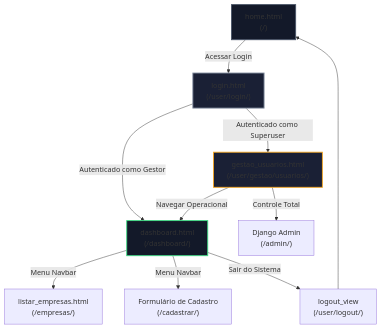
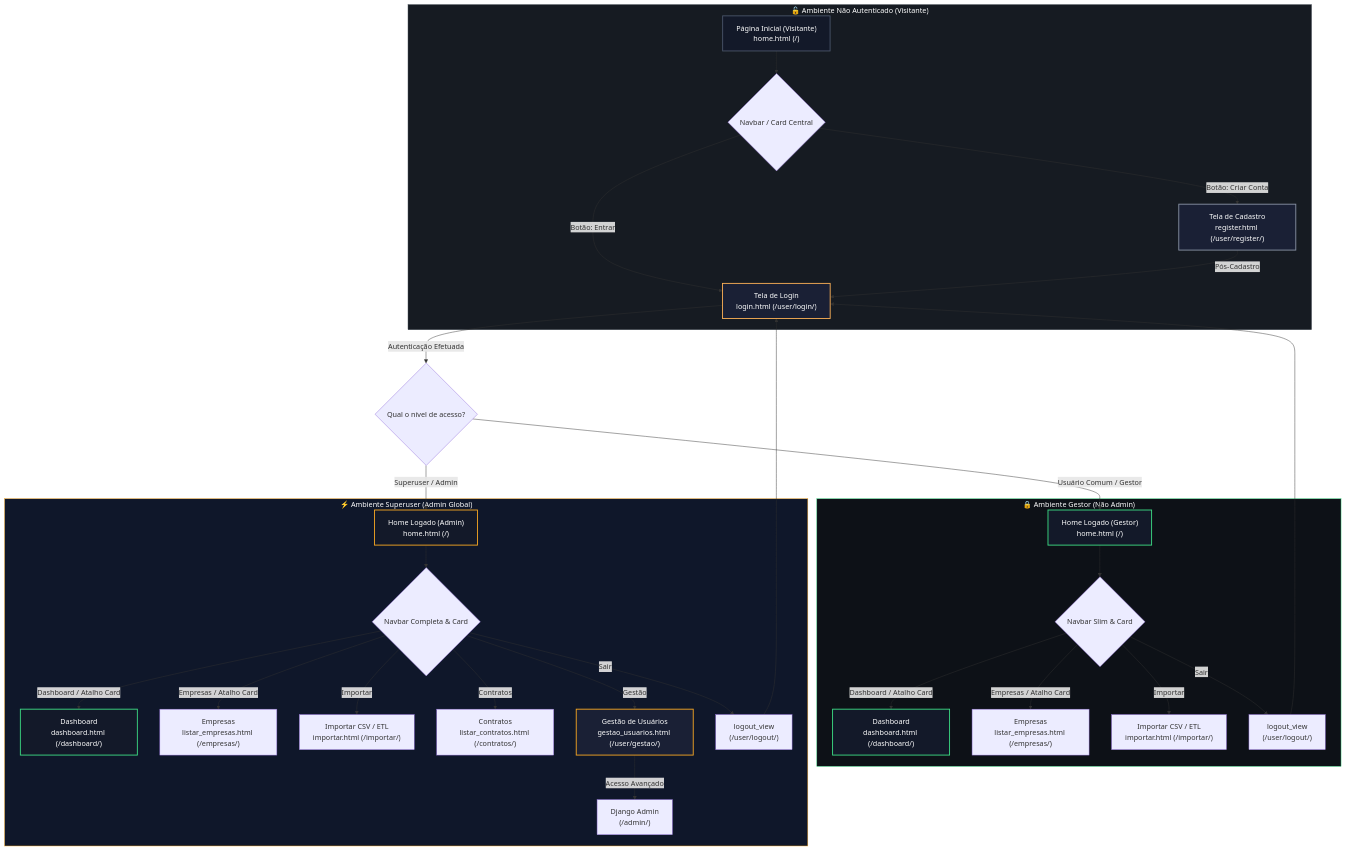
One commit to IsaacRaffs/CONVERGI changed the diagram in README.md. Above: the diagram before and after it, drawn with Mermaid. The commit also changed other lines of this file, not shown here.

First line of the commit message:
Enhance README with visitor navbar and project structure

````diff
--- a/README.md
+++ b/README.md
@@ -144,23 +144,59 @@
 ```mermaid
 graph TD
-    %% Nós do Fluxo Geral
-    Home["home.html<br>(/)"] -->|Acessar Login| Login["login.html<br>(/user/login/)"]
-    
-    %% Ramificação pós-login
-    Login -->|Autenticado como Gestor| Dash["dashboard.html<br>(/dashboard/)"]
-    Login -->|Autenticado como Superuser| Super["gestao_usuarios.html<br>(/user/gestao/usuarios/)"]
-    
-    %% Fluxo do Gestor / Servidor
-    Dash -->|Menu Navbar| List["listar_empresas.html<br>(/empresas/)"]
-    Dash -->|Menu Navbar| Cad["Formulário de Cadastro<br>(/cadastrar/)"]
-    Dash -->|Sair do Sistema| Logout["logout_view<br>(/user/logout/)"] --> Home
-    
-    %% Fluxo do Superuser
-    Super -->|Controle Total| Admin["Django Admin<br>(/admin/)"]
-    Super -->|Navegar Operacional| Dash
-    
-    style Home fill:#131929,stroke:#4a5568,stroke-width:2px;
-    style Login fill:#1a2035,stroke:#8892a4,stroke-width:2px;
-    style Dash fill:#131929,stroke:#3ddc84,stroke-width:2px;
-    style Super fill:#1a2035,stroke:#f5a623,stroke-width:2px;
+    %% Ambiente do Visitante (Não Autenticado)
+    subgraph S1 ["🔓 Ambiente Não Autenticado (Visitante)"]
+        HomeNoAuth["Página Inicial (Visitante)<br>home.html (/)"]
+        NavNoAuth{"Navbar / Card Central"}
+        RegPage["Tela de Cadastro<br>register.html (/user/register/)"]
+        LogPage["Tela de Login<br>login.html (/user/login/)"]
+
+        HomeNoAuth --> NavNoAuth
+        NavNoAuth -->|Botão: Criar Conta| RegPage
+        NavNoAuth -->|Botão: Entrar| LogPage
+    end
+
+    %% Fluxo de Autenticação
+    RegPage -->|Pós-Cadastro| LogPage
+    LogPage -->|Autenticação Efetuada| CheckAuth{"Qual o nível de acesso?"}
+
+    %% Ramificações Pós-Login
+    CheckAuth -->|Usuário Comum / Gestor| HomeGestor["Home Logado (Gestor)<br>home.html (/)"]
+    CheckAuth -->|Superuser / Admin| HomeAdmin["Home Logado (Admin)<br>home.html (/)"]
+
+    %% Fluxo de Navegação do Gestor (Não Admin)
+    subgraph S2 ["🔒 Ambiente Gestor (Não Admin)"]
+        HomeGestor --> NavGestor{"Navbar Slim & Card"}
+        NavGestor -->|Dashboard / Atalho Card| DashPage["Dashboard<br>dashboard.html (/dashboard/)"]
+        NavGestor -->|Empresas / Atalho Card| EmpPage["Empresas<br>listar_empresas.html (/empresas/)"]
+        NavGestor -->|Importar| ImpPage["Importar CSV / ETL<br>importar.html (/importar/)"]
+        NavGestor -->|Sair| LogoutGestor["logout_view<br>(/user/logout/)"] --> LogPage
+    end
+
+    %% Fluxo de Navegação do Superuser (Admin)
+    subgraph S3 ["⚡ Ambiente Superuser (Admin Global)"]
+        HomeAdmin --> NavAdmin{"Navbar Completa & Card"}
+        NavAdmin -->|Dashboard / Atalho Card| DashPageAdmin["Dashboard<br>dashboard.html (/dashboard/)"]
+        NavAdmin -->|Empresas / Atalho Card| EmpPageAdmin["Empresas<br>listar_empresas.html (/empresas/)"]
+        NavAdmin -->|Importar| ImpPageAdmin["Importar CSV / ETL<br>importar.html (/importar/)"]
+        
+        %% Rotas Exclusivas do Admin
+        NavAdmin -->|Contratos| ContPage["Contratos<br>listar_contratos.html (/contratos/)"]
+        NavAdmin -->|Gestão| GestPage["Gestão de Usuários<br>gestao_usuarios.html (/user/gestao/)"]
+        GestPage -->|Acesso Avançado| AdminCore["Django Admin<br>(/admin/)"]
+        
+        NavAdmin -->|Sair| LogoutAdmin["logout_view<br>(/user/logout/)"] --> LogPage
+    end
+
+    %% Estilização Visual Customizada
+    style S1 fill:#161b22,stroke:#444c56,stroke-width:1px,color:#fff;
+    style S2 fill:#0d1117,stroke:#3ddc84,stroke-width:1px,color:#fff;
+    style S3 fill:#0f172a,stroke:#f5a623,stroke-width:1px,color:#fff;
+    style HomeNoAuth fill:#131929,stroke:#4a5568,stroke-width:2px,color:#fff;
+    style HomeGestor fill:#131929,stroke:#3ddc84,stroke-width:2px,color:#fff;
+    style HomeAdmin fill:#131929,stroke:#f5a623,stroke-width:2px,color:#fff;
+    style LogPage fill:#1a2035,stroke:#fbb056,stroke-width:2px,color:#fff;
+    style RegPage fill:#1a2035,stroke:#8892a4,stroke-width:2px,color:#fff;
+    style DashPage fill:#131929,stroke:#3ddc84,stroke-width:2px,color:#fff;
+    style DashPageAdmin fill:#131929,stroke:#3ddc84,stroke-width:2px,color:#fff;
+    style GestPage fill:#1a2035,stroke:#f5a623,stroke-width:2px,color:#fff;
 ```
````
